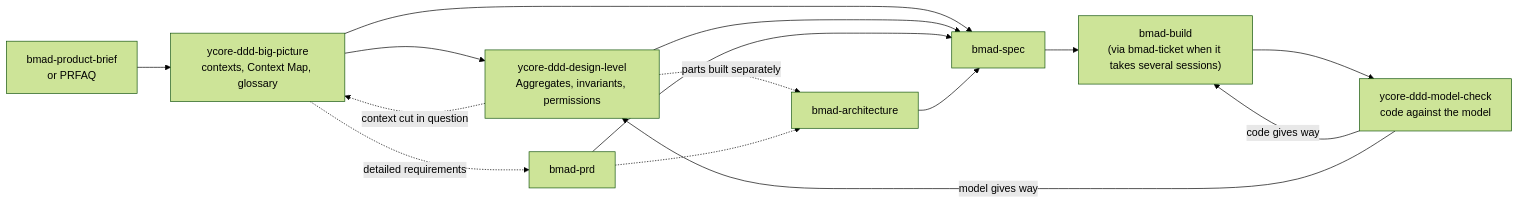
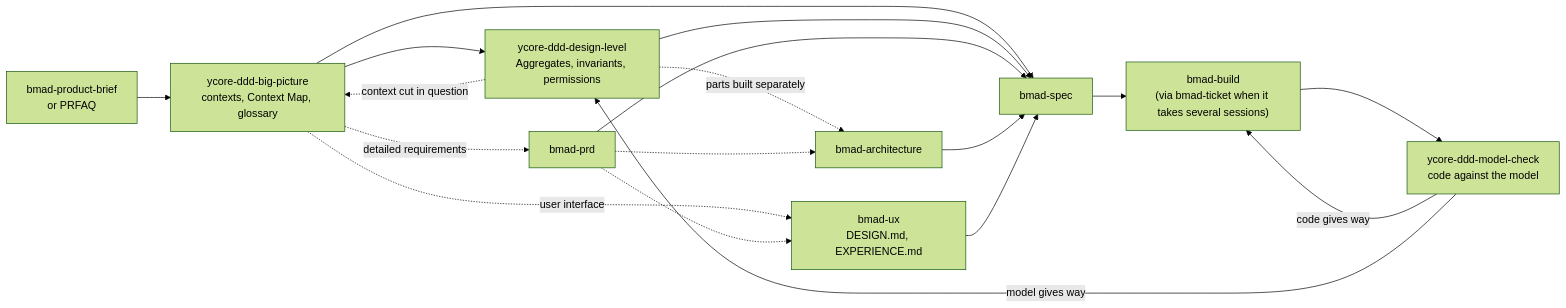
Before and after one commit to y-core-engineering/bmad-ddd-module: the diagram in docs/diagrams/bmad-flow.mmd, drawn with Mermaid (forest theme). The commit also changed 7 other files, not shown here.

```diff
--- a/docs/diagrams/bmad-flow.mmd
+++ b/docs/diagrams/bmad-flow.mmd
@@ -1,15 +1,18 @@
 flowchart LR
     brief["bmad-product-brief<br/>or PRFAQ"] --> bp["ycore-ddd-big-picture<br/>contexts, Context Map, glossary"]
     bp --> dl["ycore-ddd-design-level<br/>Aggregates, invariants, permissions"]
     bp -. "detailed requirements" .-> prd["bmad-prd"]
     dl -. "parts built separately" .-> arch["bmad-architecture"]
     prd -.-> arch
+    bp -. "user interface" .-> ux["bmad-ux<br/>DESIGN.md, EXPERIENCE.md"]
+    prd -.-> ux
     bp --> spec["bmad-spec"]
     dl --> spec
     prd --> spec
     arch --> spec
+    ux --> spec
     spec --> build["bmad-build<br/>(via bmad-ticket when it takes several sessions)"]
     build --> mc["ycore-ddd-model-check<br/>code against the model"]
     mc -- "code gives way" --> build
     mc -- "model gives way" --> dl
     dl -. "context cut in question" .-> bp
```
